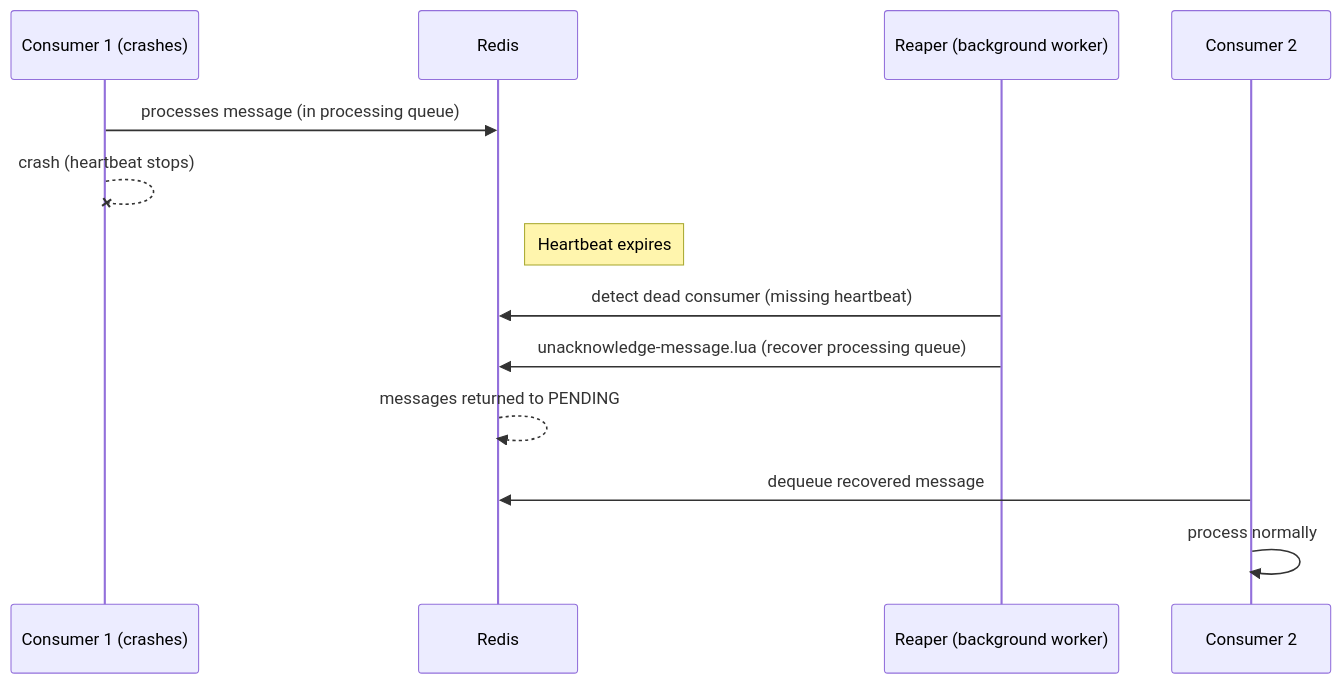
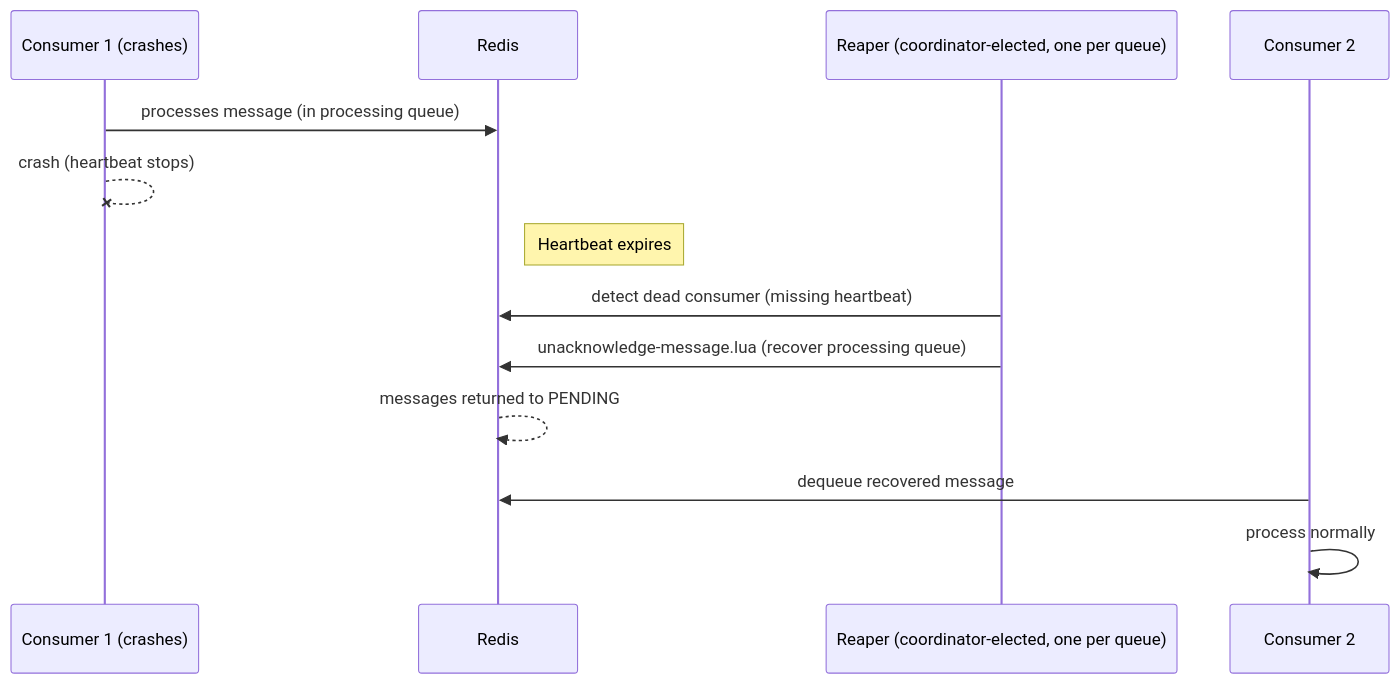
One commit to weyoss/redis-smq-docs changed the second of 4 diagrams in next/message-reliability.md. Above: the diagram before and after it, drawn with Mermaid. The commit also changed other lines of this file, not shown here.

Commit message:
docs(message-reliability): correct reaper scope from per-consumer to coordinator-elected

````diff
--- a/next/message-reliability.md
+++ b/next/message-reliability.md
@@ -74,16 +74,16 @@
 ```mermaid
 sequenceDiagram
     participant C1 as Consumer 1 (crashes)
     participant Redis as Redis
-    participant Reaper as Reaper (background worker)
+    participant Reaper as Reaper (coordinator-elected, one per queue)
     participant C2 as Consumer 2
 
     C1->>Redis: processes message (in processing queue)
     C1--xC1: crash (heartbeat stops)
     Note right of Redis: Heartbeat expires
     Reaper->>Redis: detect dead consumer (missing heartbeat)
     Reaper->>Redis: unacknowledge‑message.lua (recover processing queue)
     Redis-->>Redis: messages returned to PENDING
     C2->>Redis: dequeue recovered message
     C2->>C2: process normally
 ```
````
